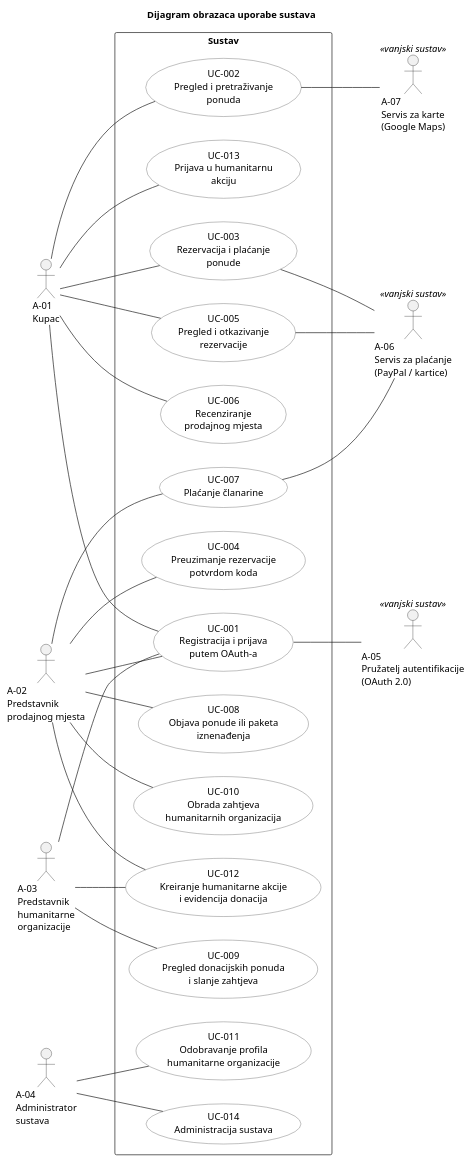
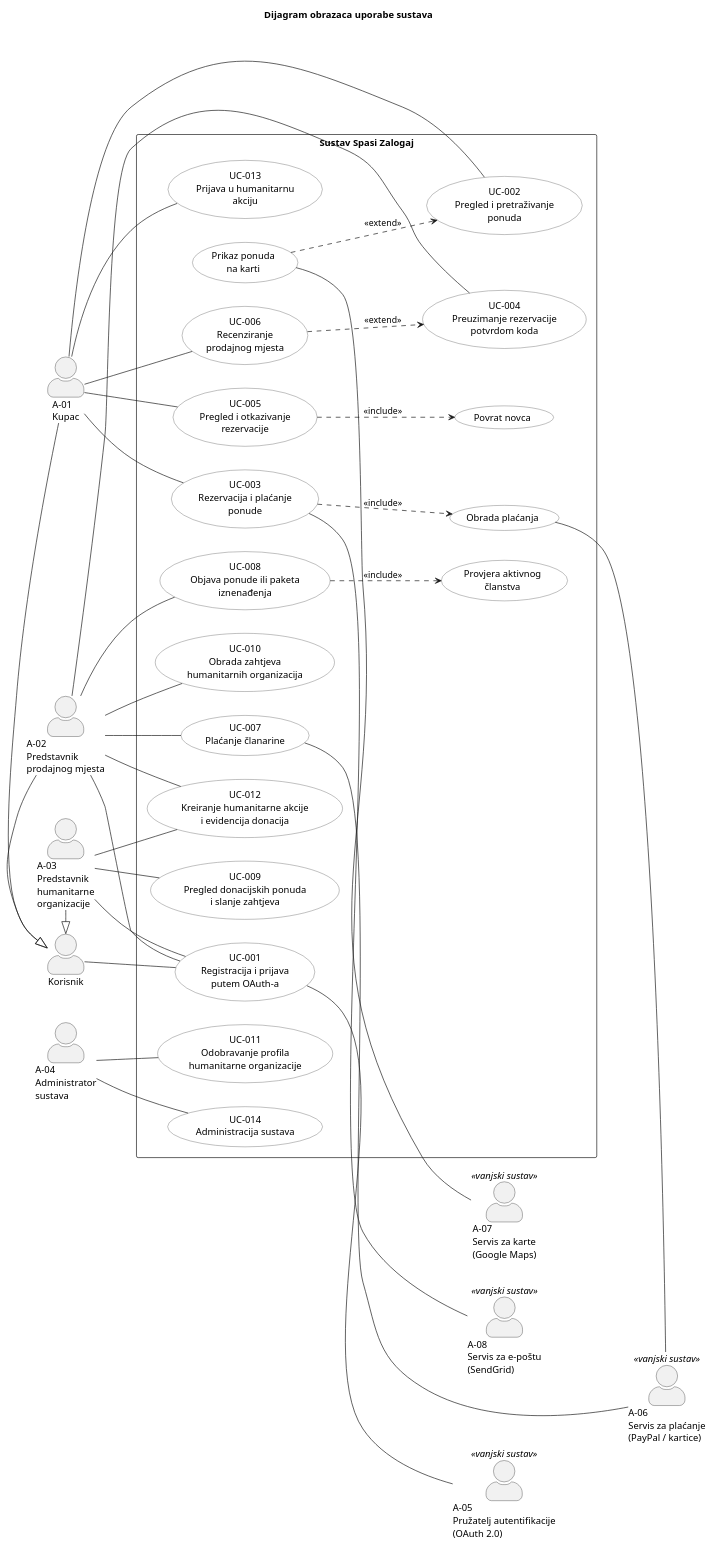
One commit to vz56677/zalogajcici changed the diagram in docs/puml/3-1-system-UC.puml. Above: the diagram before and after it, drawn with PlantUML. The commit also changed 5 other files, not shown here.

```diff
--- a/docs/puml/3-1-system-UC.puml
+++ b/docs/puml/3-1-system-UC.puml
@@ -1,72 +1,90 @@
 @startuml 3-1-system-UC
 title Dijagram obrazaca uporabe sustava
 left to right direction
 skinparam packageStyle rectangle
 skinparam shadowing false
+skinparam actorStyle awesome
 skinparam usecase {
   BackgroundColor #FFFFFF
   BorderColor #444444
 }
 
-'Primarni akteri
+' Zajednicka generalizacija korisnickih uloga
+actor "Korisnik" as KOR
 actor "A-01\nKupac" as A01
 actor "A-02\nPredstavnik\nprodajnog mjesta" as A02
 actor "A-03\nPredstavnik\nhumanitarne\norganizacije" as A03
 actor "A-04\nAdministrator\nsustava" as A04
 
-'Granica sustava
-rectangle "Sustav" {
+A01 -|> KOR
+A02 -|> KOR
+A03 -|> KOR
+
+' Granica sustava
+rectangle "Sustav Spasi Zalogaj" {
   usecase "UC-001\nRegistracija i prijava\nputem OAuth-a" as UC001
   usecase "UC-002\nPregled i pretraživanje\nponuda" as UC002
   usecase "UC-003\nRezervacija i plaćanje\nponude" as UC003
   usecase "UC-004\nPreuzimanje rezervacije\npotvrdom koda" as UC004
   usecase "UC-005\nPregled i otkazivanje\nrezervacije" as UC005
   usecase "UC-006\nRecenziranje\nprodajnog mjesta" as UC006
   usecase "UC-007\nPlaćanje članarine" as UC007
   usecase "UC-008\nObjava ponude ili paketa\niznenađenja" as UC008
   usecase "UC-009\nPregled donacijskih ponuda\ni slanje zahtjeva" as UC009
   usecase "UC-010\nObrada zahtjeva\nhumanitarnih organizacija" as UC010
   usecase "UC-011\nOdobravanje profila\nhumanitarne organizacije" as UC011
   usecase "UC-012\nKreiranje humanitarne akcije\ni evidencija donacija" as UC012
   usecase "UC-013\nPrijava u humanitarnu\nakciju" as UC013
   usecase "UC-014\nAdministracija sustava" as UC014
+
+  usecase "Obrada plaćanja" as PAY
+  usecase "Provjera aktivnog\nčlanstva" as MEMBER
+  usecase "Povrat novca" as REFUND
+  usecase "Prikaz ponuda\nna karti" as MAP
 }
 
-'Sekundarni (vanjski) akteri
+' Sekundarni (vanjski) akteri
 actor "A-05\nPružatelj autentifikacije\n(OAuth 2.0)" as A05 <<vanjski sustav>>
 actor "A-06\nServis za plaćanje\n(PayPal / kartice)" as A06 <<vanjski sustav>>
 actor "A-07\nServis za karte\n(Google Maps)" as A07 <<vanjski sustav>>
+actor "A-08\nServis za e-poštu\n(SendGrid)" as A08 <<vanjski sustav>>
 
-'Kupac
-A01 -- UC001
+' Primarni akteri
+KOR -- UC001
 A01 -- UC002
 A01 -- UC003
 A01 -- UC005
 A01 -- UC006
 A01 -- UC013
 
-'Predstavnik prodajnog mjesta
 A02 -- UC001
 A02 -- UC004
 A02 -- UC007
 A02 -- UC008
 A02 -- UC010
 A02 -- UC012
 
-'Humanitarna organizacija
 A03 -- UC001
 A03 -- UC009
 A03 -- UC012
 
-'Administrator
 A04 -- UC011
 A04 -- UC014
 
-'Sekundarni akteri
+' Sekundarni akteri
 UC001 -- A05
-UC002 -- A07
-UC003 -- A06
-UC005 -- A06
+PAY -- A06
 UC007 -- A06
+MAP -- A07
+UC003 -- A08
+
+' Obavezni ukljuceni obrasci
+UC003 ..> PAY : <<include>>
+UC008 ..> MEMBER : <<include>>
+UC005 ..> REFUND : <<include>>
+
+' Neobavezna prosirenja osnovnih obrazaca
+MAP ..> UC002 : <<extend>>
+UC006 ..> UC004 : <<extend>>
 
 @enduml
```
